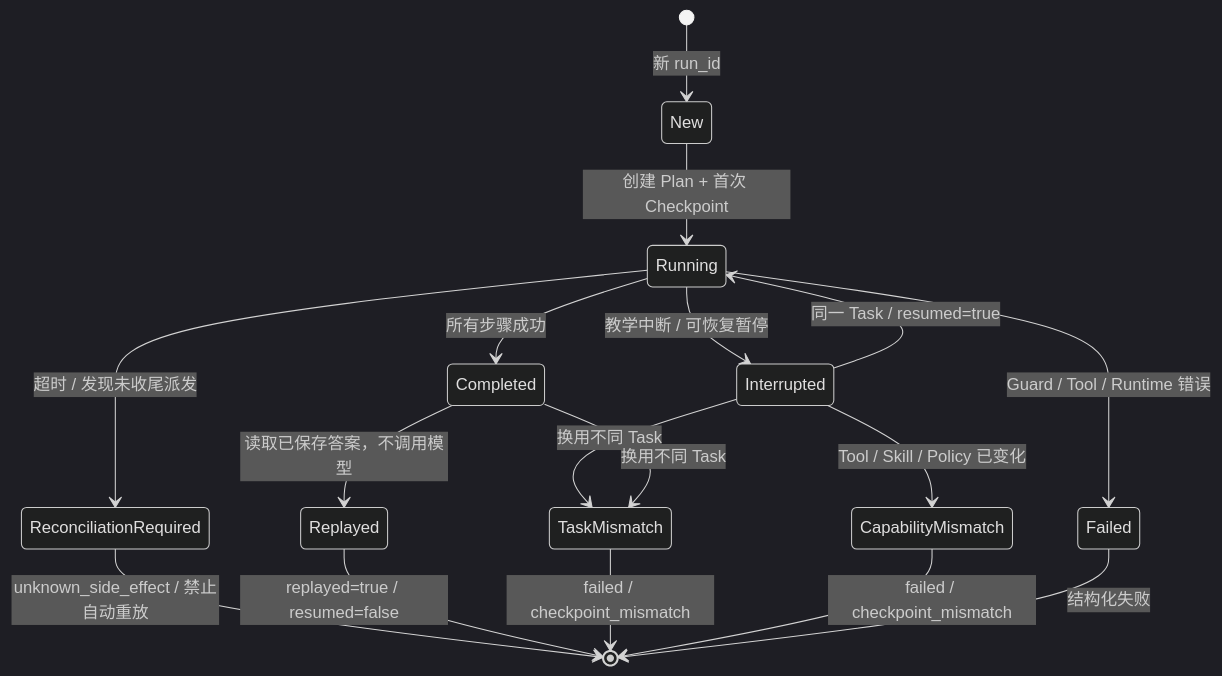
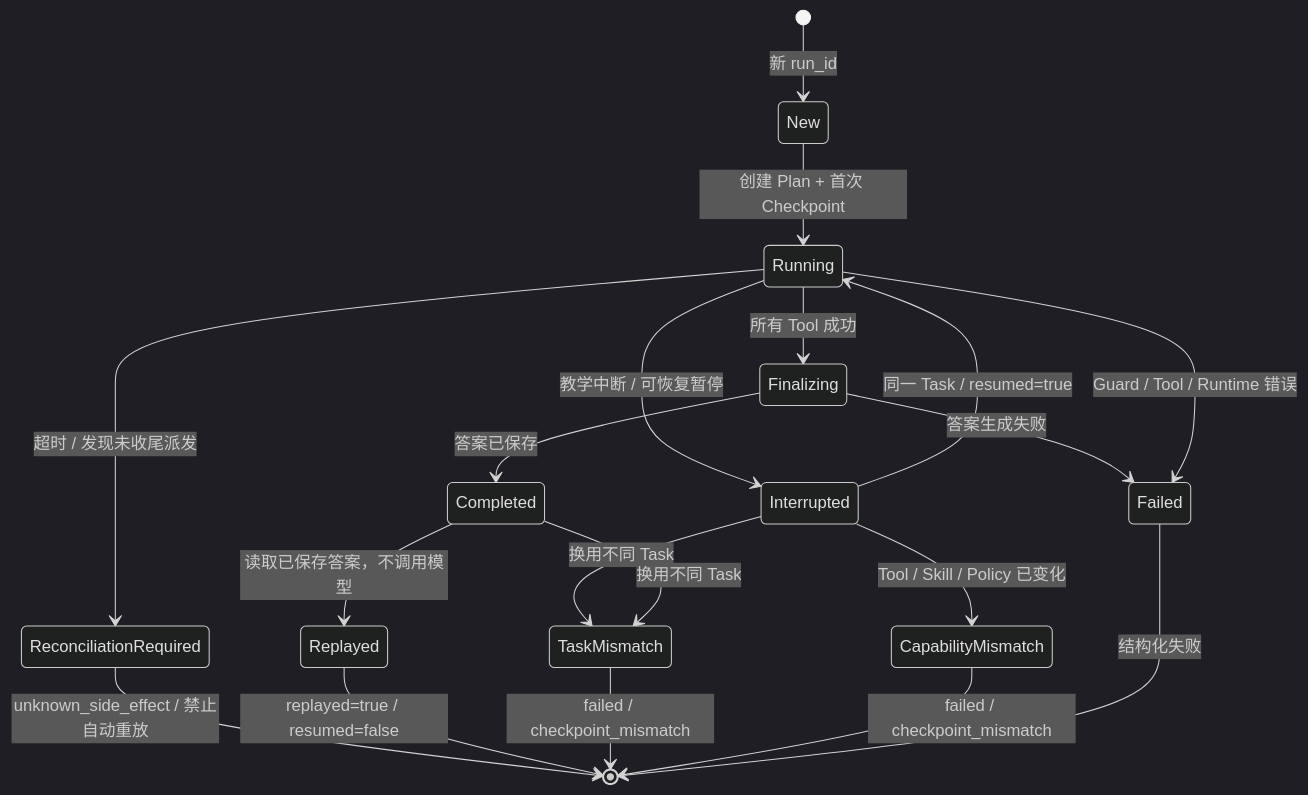
One commit to dollarser/modern-ai-agent-architecture changed the fifth of 6 diagrams in docs/chapters/16-agent-host/README.md. Above: the diagram before and after it, drawn with Mermaid (dark theme). The commit also changed 4 other files, not shown here.

Commit message:
Distinguish reviewed bot restrictions and complete recovery state diagram

````diff
--- a/docs/chapters/16-agent-host/README.md
+++ b/docs/chapters/16-agent-host/README.md
@@ -544,19 +544,21 @@
 ```mermaid
 stateDiagram-v2
     [*] --> New: 新 run_id
     New --> Running: 创建 Plan + 首次 Checkpoint
     Running --> Interrupted: 教学中断 / 可恢复暂停
     Interrupted --> Running: 同一 Task / resumed=true
     Running --> ReconciliationRequired: 超时 / 发现未收尾派发
     ReconciliationRequired --> [*]: unknown_side_effect / 禁止自动重放
-    Running --> Completed: 所有步骤成功
+    Running --> Finalizing: 所有 Tool 成功
+    Finalizing --> Completed: 答案已保存
+    Finalizing --> Failed: 答案生成失败
     Running --> Failed: Guard / Tool / Runtime 错误
     Completed --> Replayed: 读取已保存答案，不调用模型
     Replayed --> [*]: replayed=true / resumed=false
     Interrupted --> TaskMismatch: 换用不同 Task
     Completed --> TaskMismatch: 换用不同 Task
     TaskMismatch --> [*]: failed / checkpoint_mismatch
     Interrupted --> CapabilityMismatch: Tool / Skill / Policy 已变化
     CapabilityMismatch --> [*]: failed / checkpoint_mismatch
     Failed --> [*]: 结构化失败
 ```
````
